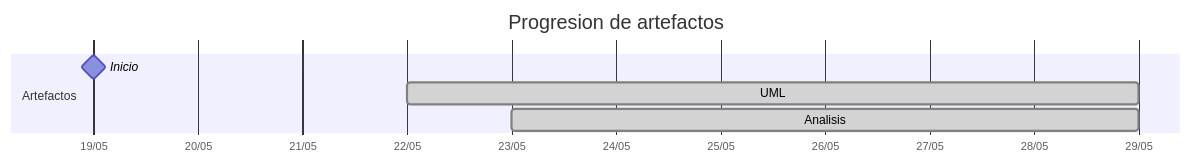
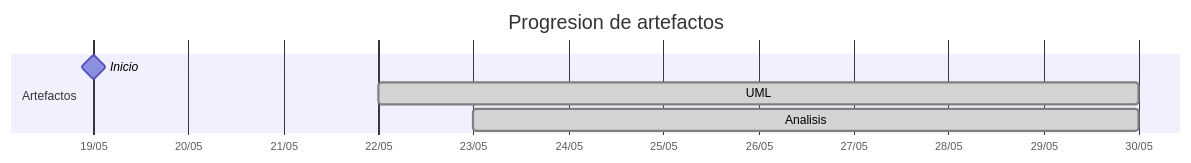
Before and after one commit to carlos-alvarado-25/25-26-idsw2-sdVC: the diagram in TIMELINES/Alejandrojuarez0105.md, drawn with Mermaid. The commit also changed other lines of this file and 3 other files, not shown here.

````diff
--- a/TIMELINES/Alejandrojuarez0105.md
+++ b/TIMELINES/Alejandrojuarez0105.md
@@ -22,10 +22,10 @@
 ```mermaid
 gantt
     title Progresion de artefactos
     dateFormat YYYY-MM-DD
     axisFormat %d/%m
     section Artefactos
         Inicio       :milestone, 2026-05-19, 0d
-        UML          :done, 2026-05-22, 2026-05-29
-        Analisis     :done, 2026-05-23, 2026-05-29
+        UML          :done, 2026-05-22, 2026-05-30
+        Analisis     :done, 2026-05-23, 2026-05-30
 ```
````
